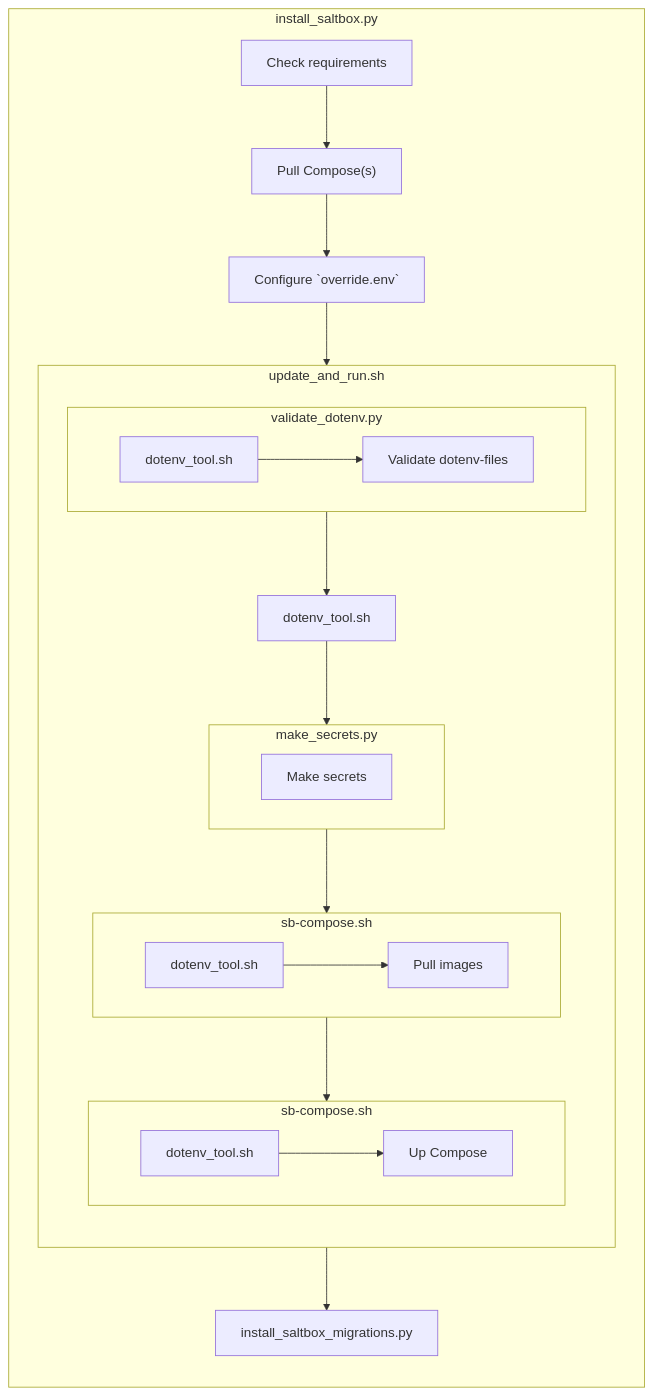
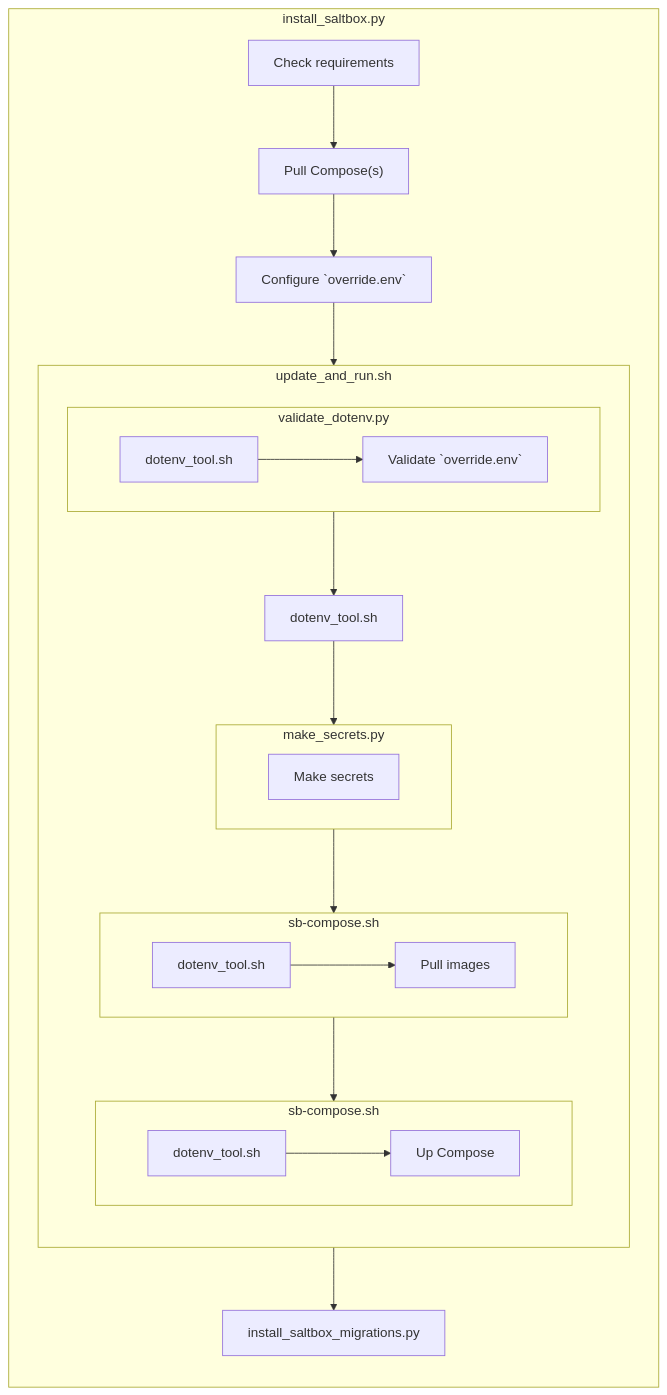
Before and after one commit to saltbox-pro/saltbox-compose: the diagram in README.md, drawn with Mermaid. The commit also changed 2 other files, not shown here.

Commit message:
SBX-597: Update lists of dotenvs for some scripts

````diff
--- a/README.md
+++ b/README.md
@@ -78,29 +78,29 @@
 ```mermaid
 flowchart LR
     subgraph install_saltbox.py
     direction TB
     check[Check requirements]
         --> pull_repos["Pull Compose(s)"]
         --> conf[Configure `override.env`]
         --> update_and_run.sh
         subgraph update_and_run.sh
             direction TB
             subgraph validate_dotenv.py
-               dotenv_tool_validate[dotenv_tool.sh] --> validate_dotenv[Validate dotenv-files]
+               dotenv_tool_validate[dotenv_tool.sh] --> validate_dotenv[Validate `override.env`]
             end
             validate_dotenv.py --> dotenv_tool_secrets[dotenv_tool.sh] --> make_secrets.py
             subgraph make_secrets.py
                 make_secrets[Make secrets]
             end
             make_secrets.py --> sb-compose.sh-1
             subgraph sb-compose.sh-1[sb-compose.sh]
                 dotenv_tool_pull[dotenv_tool.sh] --> pull_images[Pull images]
             end
             sb-compose.sh-1 --> sb-compose.sh-2
             subgraph sb-compose.sh-2[sb-compose.sh]
                 dotenv_tool_up[dotenv_tool.sh] --> up[Up Compose]
             end
         end
         update_and_run.sh --> install_saltbox_migrations.py
     end
 ```
````
